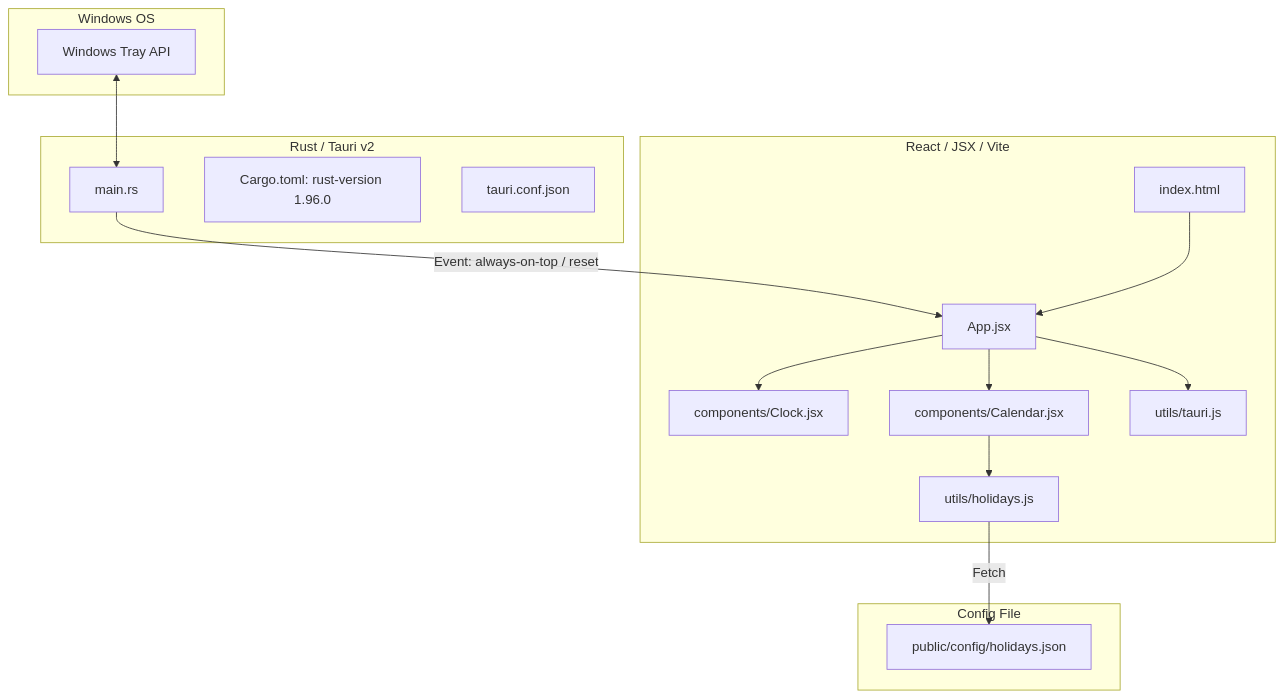
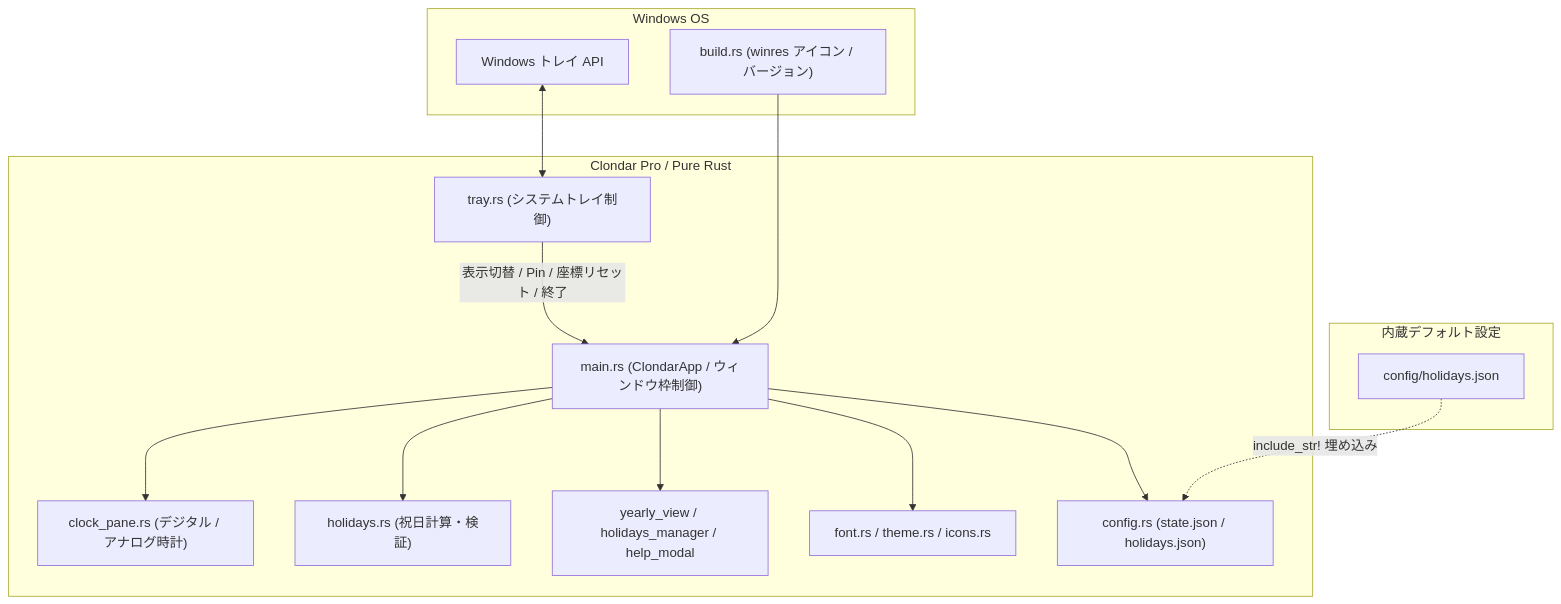
One commit to tkshnkgwr/clondar changed the diagram in docs/ja/DEVELOPMENT.md. Above: the diagram before and after it, drawn with Mermaid. The commit also changed other lines of this file and 134 other files, not shown here.

Commit message:
chore: Pure Rust (egui + glow) 正式版 v2.0.0 へ移行およびリリース・ドキュメント整備

````diff
--- a/docs/ja/DEVELOPMENT.md
+++ b/docs/ja/DEVELOPMENT.md
@@ -13,34 +13,31 @@
 ```mermaid
 graph TD
     subgraph OS [Windows OS]
-        TrayAPI[Windows Tray API]
+        TrayAPI["Windows トレイ API"]
+        WinRes["build.rs (winres アイコン / バージョン)"]
     end
 
-    subgraph Backend [Rust / Tauri v2]
-        MainRS[main.rs]
-        Cargo[Cargo.toml: rust-version 1.96.0]
-        Conf[tauri.conf.json]
+    subgraph App [Clondar Pro / Pure Rust]
+        MainRS["main.rs (ClondarApp / ウィンドウ枠制御)"]
+        ClockRS["clock_pane.rs (デジタル / アナログ時計)"]
+        HolidaysRS["holidays.rs (祝日計算・検証)"]
+        ModalsRS["yearly_view / holidays_manager / help_modal"]
+        TrayRS["tray.rs (システムトレイ制御)"]
+        FontTheme["font.rs / theme.rs / icons.rs"]
+        ConfigRS["config.rs (state.json / holidays.json)"]
     end
 
-    subgraph Frontend [React / JSX / Vite]
-        HTML[index.html]
-        AppJSX[App.jsx]
-        ClockJSX[components/Clock.jsx]
-        CalendarJSX[components/Calendar.jsx]
-        HolidaysJS[utils/holidays.js]
-        TauriJS[utils/tauri.js]
+    subgraph BuiltinConfig [内蔵デフォルト設定]
+        HolidaysJSON["config/holidays.json"]
     end
 
-    subgraph Config [Config File]
-        HolidaysJSON[public/config/holidays.json]
-    end
-
-    TrayAPI <--> MainRS
-    MainRS -- Event: always-on-top / reset --> AppJSX
-    HTML --> AppJSX
-    AppJSX --> ClockJSX
-    AppJSX --> CalendarJSX
-    CalendarJSX --> HolidaysJS
-    HolidaysJS -- Fetch --> HolidaysJSON
-    AppJSX --> TauriJS
+    TrayAPI <--> TrayRS
+    TrayRS -->|"表示切替 / Pin / 座標リセット / 終了"| MainRS
+    WinRes --> MainRS
+    MainRS --> ClockRS
+    MainRS --> HolidaysRS
+    MainRS --> ModalsRS
+    MainRS --> FontTheme
+    MainRS --> ConfigRS
+    HolidaysJSON -.->|"include_str! 埋め込み"| ConfigRS
 ```
````
